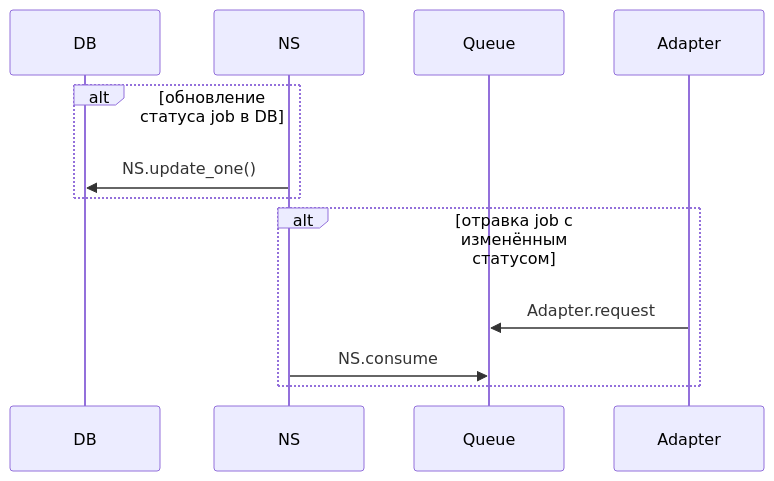
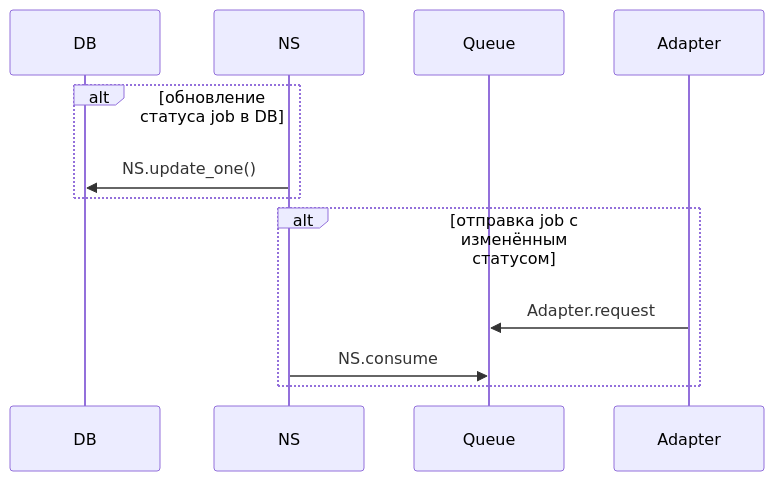
One commit to Timo4ey/ns changed the fourth of 4 diagrams in ns-sequence-diagram-rmq.md. Above: the diagram before and after it, drawn with Mermaid.

Commit message:
[fix] grammer

````diff
--- a/ns-sequence-diagram-rmq.md
+++ b/ns-sequence-diagram-rmq.md
@@ -94,17 +94,17 @@
 ```mermaid
 
 sequenceDiagram
     participant DB
     participant NS
     participant Queue
     participant Adapter
 
 
     alt обновление статуса job в DB
         NS ->> DB: NS.update_one()
     end
-    alt отравка job с изменённым статусом
+    alt отправка job с изменённым статусом
         Adapter ->> Queue:Adapter.request
         NS ->> Queue: NS.consume
     end
 ```
````
